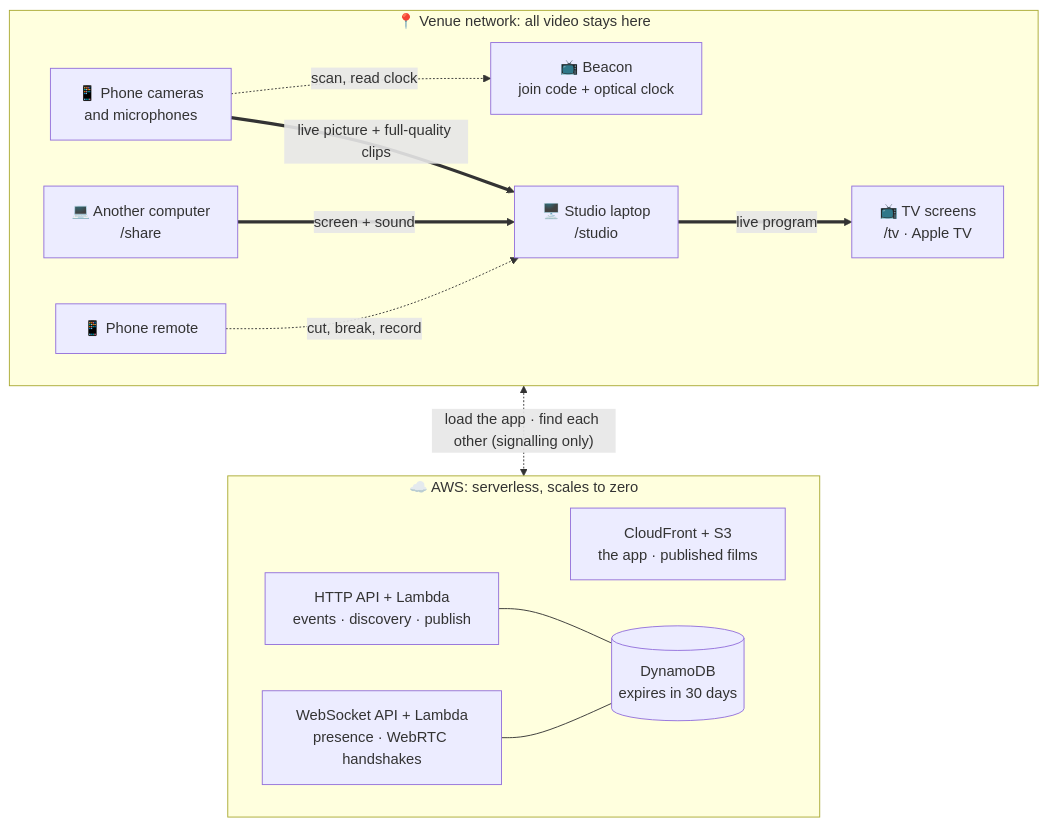
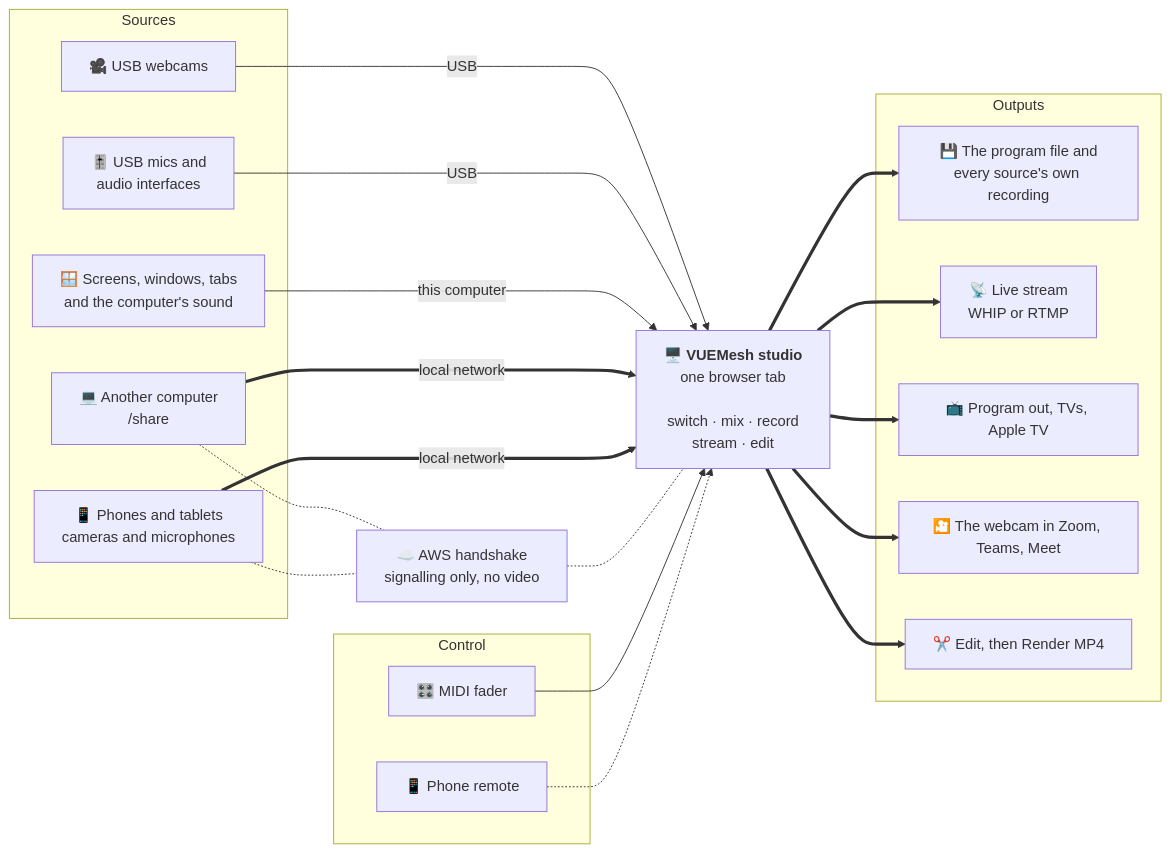
Before and after one commit to jtalbott22/vuemesh: the first of 3 diagrams in README.md, drawn with Mermaid. The commit also changed other lines of this file, not shown here.

First line of the commit message:
README: a studio for every source, not just phones

````diff
--- a/README.md
+++ b/README.md
@@ -175,29 +204,43 @@
 ```mermaid
-flowchart TB
-  subgraph AWS["☁️ AWS: serverless, scales to zero"]
-    direction LR
-    CDN["CloudFront + S3<br/>the app · published films"]
-    HTTP["HTTP API + Lambda<br/>events · discovery · publish"]
-    WS["WebSocket API + Lambda<br/>presence · WebRTC handshakes"]
-    DB[("DynamoDB<br/>expires in 30 days")]
-    HTTP --- DB
-    WS --- DB
+flowchart LR
+  subgraph In["Sources"]
+    USBc["🎥 USB webcams"]
+    USBa["🎚️ USB mics and<br/>audio interfaces"]
+    Scr["🪟 Screens, windows, tabs<br/>and the computer's sound"]
+    Share["💻 Another computer<br/>/share"]
+    Cams["📱 Phones and tablets<br/>cameras and microphones"]
   end
 
-  subgraph Venue["📍 Venue network: all video stays here"]
-    direction LR
-    Beacon["📺 Beacon<br/>join code + optical clock"]
-    Cams["📱 Phone cameras<br/>and microphones"]
-    Share["💻 Another computer<br/>/share"]
-    Studio["🖥️ Studio laptop<br/>/studio"]
-    TV["📺 TV screens<br/>/tv · Apple TV"]
+  Cloud["☁️ AWS handshake<br/>signalling only, no video"]
+
+  Studio["🖥️ <b>VUEMesh studio</b><br/>one browser tab<br/><br/>switch · mix · record<br/>stream · edit"]
+
+  subgraph Ctl["Control"]
+    Midi["🎛️ MIDI fader"]
     Remote["📱 Phone remote"]
-    Cams -. "scan, read clock" .-> Beacon
-    Cams == "live picture + full-quality clips" ==> Studio
-    Share == "screen + sound" ==> Studio
-    Studio == "live program" ==> TV
-    Remote -. "cut, break, record" .-> Studio
   end
 
-  Venue <-. "load the app · find each other (signalling only)" .-> AWS
+  subgraph Outs["Outputs"]
+    Rec["💾 The program file and<br/>every source's own recording"]
+    Stream["📡 Live stream<br/>WHIP or RTMP"]
+    Screens["📺 Program out, TVs, Apple TV"]
+    Call["🎦 The webcam in Zoom, Teams, Meet"]
+    Edit["✂️ Edit, then Render MP4"]
+  end
+
+  USBc -- "USB" --> Studio
+  USBa -- "USB" --> Studio
+  Scr -- "this computer" --> Studio
+  Share == "local network" ==> Studio
+  Cams == "local network" ==> Studio
+  Share -.- Cloud
+  Cams -.- Cloud
+  Cloud -.- Studio
+  Midi --> Studio
+  Remote -.-> Studio
+  Studio ==> Rec
+  Studio ==> Stream
+  Studio ==> Screens
+  Studio ==> Call
+  Studio ==> Edit
 ```
````
